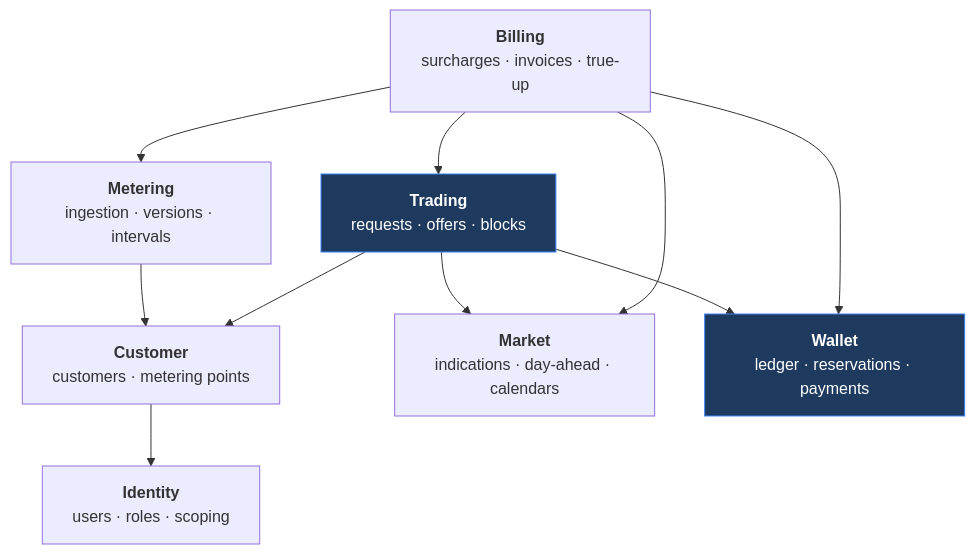
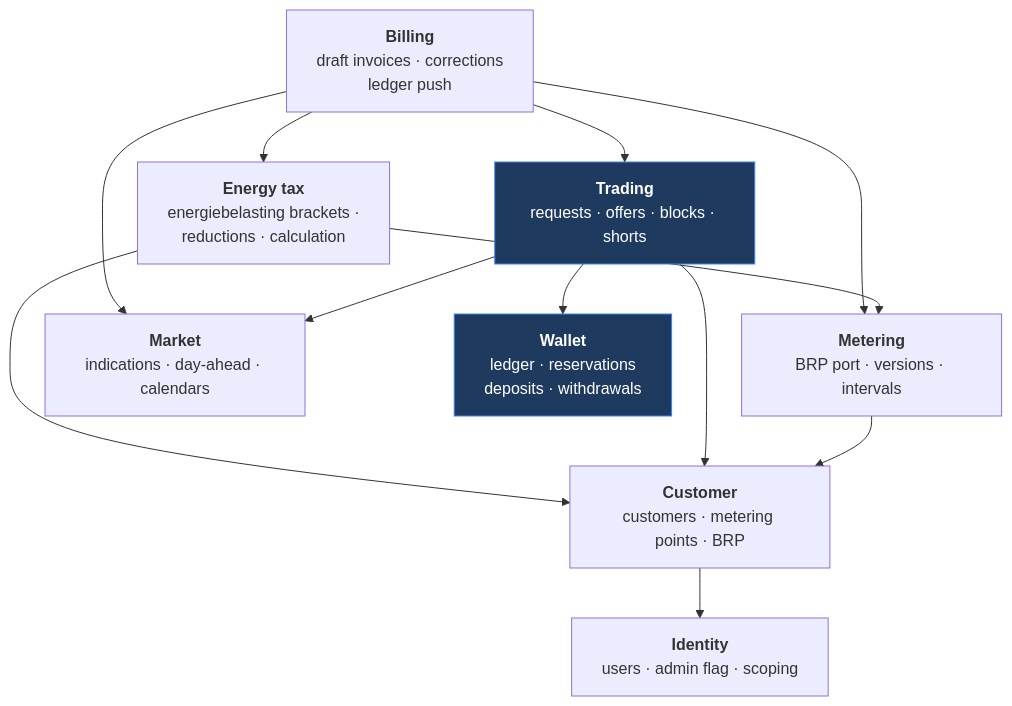
One commit to lukastosic-ifd/peakpowerspecs changed the third of 3 diagrams in specs/20-architecture/01-architecture-overview.md. Above: the diagram before and after it, drawn with Mermaid. The commit also changed other lines of this file and 66 other files, not shown here.

````diff
--- a/specs/20-architecture/01-architecture-overview.md
+++ b/specs/20-architecture/01-architecture-overview.md
@@ -138,23 +211,26 @@
 ```mermaid
 flowchart TB
-    IDENT["<b>Identity</b><br/>users · roles · scoping"]
-    CUSTOMER["<b>Customer</b><br/>customers · metering points"]
-    METERING["<b>Metering</b><br/>ingestion · versions · intervals"]
+    IDENT["<b>Identity</b><br/>users · admin flag · scoping"]
+    CUSTOMER["<b>Customer</b><br/>customers · metering points · BRP"]
+    METERING["<b>Metering</b><br/>BRP port · versions · intervals"]
     MARKET["<b>Market</b><br/>indications · day-ahead · calendars"]
-    TRADING["<b>Trading</b><br/>requests · offers · blocks"]
-    WALLET["<b>Wallet</b><br/>ledger · reservations · payments"]
-    BILLING["<b>Billing</b><br/>surcharges · invoices · true-up"]
+    TRADING["<b>Trading</b><br/>requests · offers · blocks · shorts"]
+    WALLET["<b>Wallet</b><br/>ledger · reservations<br/>deposits · withdrawals"]
+    ENERGYTAX["<b>Energy tax</b><br/>energiebelasting brackets ·<br/>reductions · calculation"]
+    BILLING["<b>Billing</b><br/>draft invoices · corrections<br/>ledger push"]
 
     CUSTOMER --> IDENT
     METERING --> CUSTOMER
     TRADING --> CUSTOMER
     TRADING --> MARKET
     TRADING --> WALLET
+    ENERGYTAX --> CUSTOMER
+    ENERGYTAX --> METERING
     BILLING --> METERING
     BILLING --> TRADING
     BILLING --> MARKET
-    BILLING --> WALLET
+    BILLING --> ENERGYTAX
 
     classDef core fill:#1e3a5f,stroke:#3b82f6,color:#fff
     class TRADING,WALLET core
 ```
````
